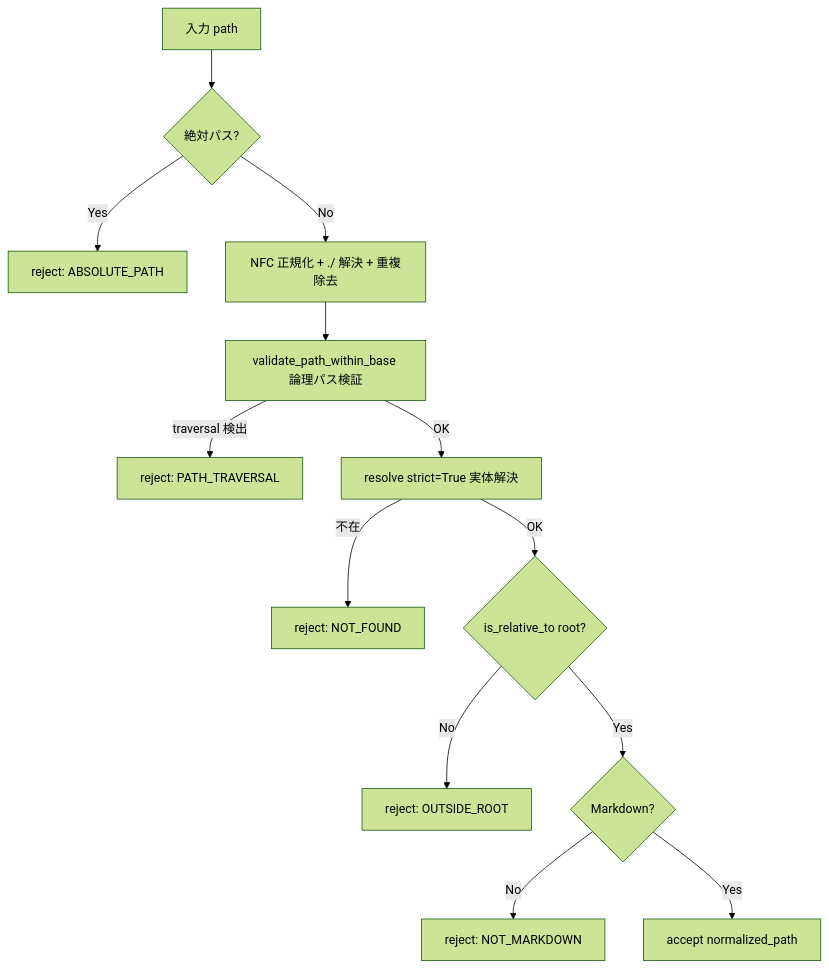
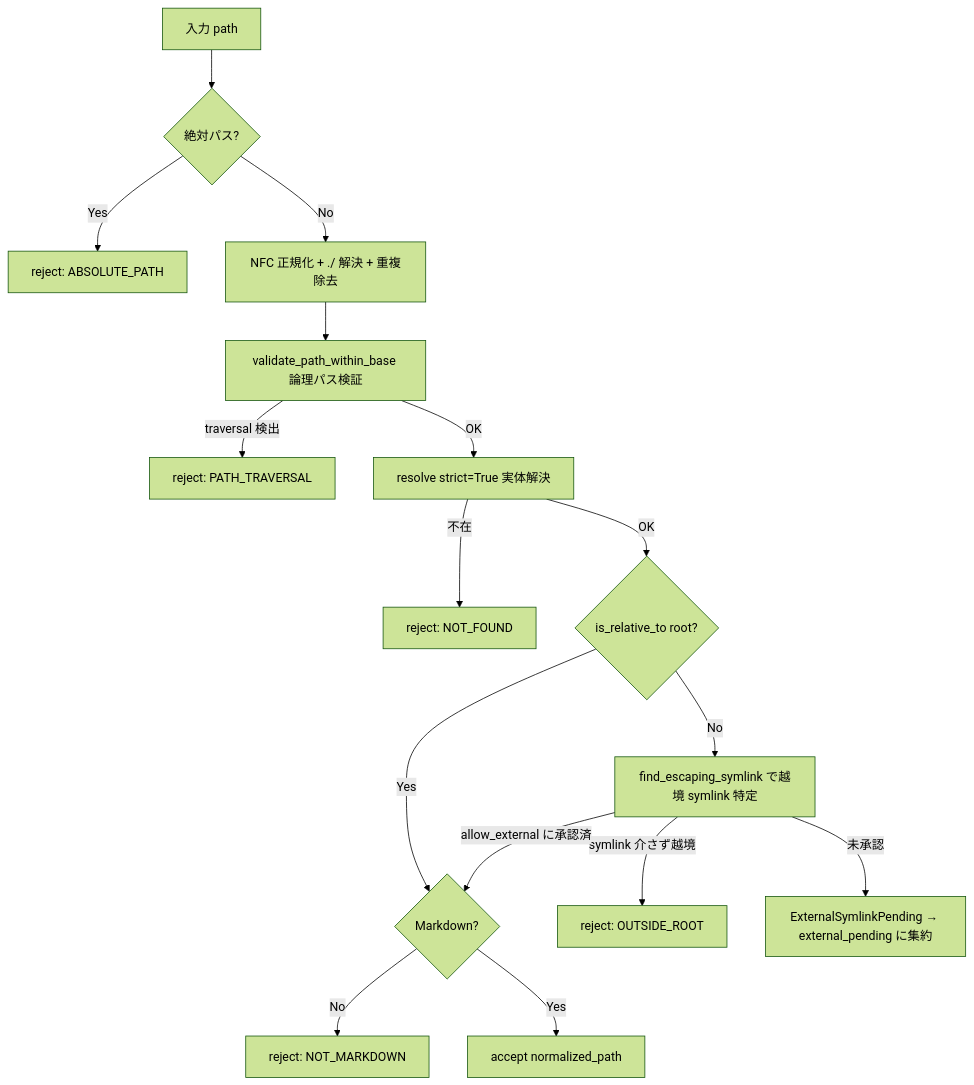
One commit to BlueEventHorizon/DocAdvisor-CC changed the third of 7 diagrams in docs/specs/base/design/DES-005_toc_generation_flow.md. Above: the diagram before and after it, drawn with Mermaid (forest theme). The commit also changed other lines of this file and 14 other files, not shown here.

First line of the commit message:
fix: allow indexing external symlinks via explicit consent (NFR-N06)

````diff
--- a/docs/specs/base/design/DES-005_toc_generation_flow.md
+++ b/docs/specs/base/design/DES-005_toc_generation_flow.md
@@ -186,15 +186,18 @@
 ```mermaid
 flowchart TD
     A[入力 path] --> B{絶対パス?}
     B -->|Yes| R1[reject: ABSOLUTE_PATH]
     B -->|No| C[NFC 正規化 + ./ 解決 + 重複除去]
     C --> D[validate_path_within_base 論理パス検証]
     D -->|traversal 検出| R2[reject: PATH_TRAVERSAL]
     D -->|OK| E[resolve strict=True 実体解決]
     E -->|不在| R3[reject: NOT_FOUND]
     E -->|OK| F{is_relative_to root?}
-    F -->|No| R4[reject: OUTSIDE_ROOT]
     F -->|Yes| G{Markdown?}
+    F -->|No| X[find_escaping_symlink で越境 symlink 特定]
+    X -->|symlink 介さず越境| R4[reject: OUTSIDE_ROOT]
+    X -->|allow_external に承認済| G
+    X -->|未承認| P[ExternalSymlinkPending → external_pending に集約]
     G -->|No| R5[reject: NOT_MARKDOWN]
     G -->|Yes| H[accept normalized_path]
 ```
````
